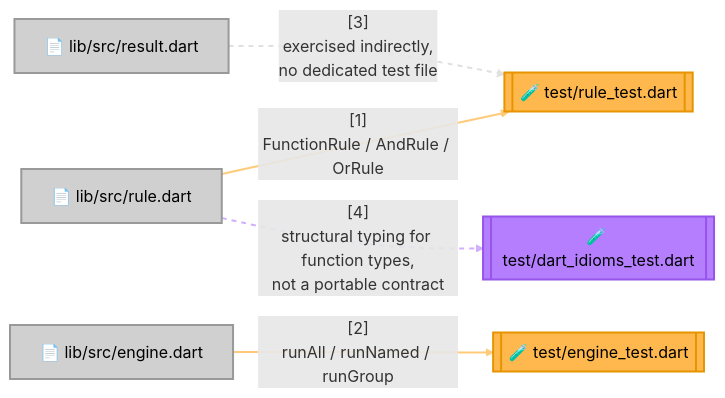
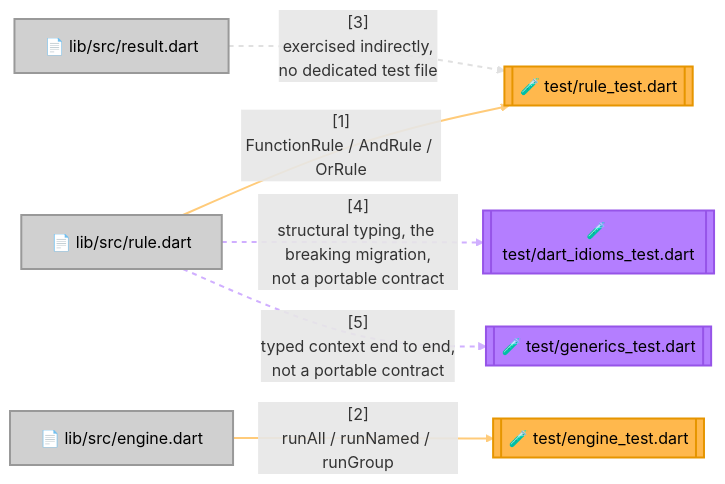
Before and after one commit to pawan-vyas/verdict-rules: the diagram in docs/testing/dart.md, drawn with Mermaid. The commit also changed other lines of this file and 14 other files, not shown here.

````diff
--- a/docs/testing/dart.md
+++ b/docs/testing/dart.md
@@ -47,35 +49,40 @@
 ```mermaid
 graph LR
     RuleSrc["📄 lib/src/rule.dart"]
     EngineSrc["📄 lib/src/engine.dart"]
     ResultSrc["📄 lib/src/result.dart"]
     RuleTest[["🧪 test/rule_test.dart"]]
     EngineTest[["🧪 test/engine_test.dart"]]
     IdiomTest[["🧪 test/dart_idioms_test.dart"]]
+    GenericsTest[["🧪 test/generics_test.dart"]]
 
     %% Link 0: RuleSrc -> RuleTest
     RuleSrc -->|"[1]<br/>FunctionRule / AndRule / OrRule"| RuleTest
     %% Link 1: EngineSrc -> EngineTest
     EngineSrc -->|"[2]<br/>runAll / runNamed / runGroup"| EngineTest
     %% Link 2: ResultSrc -> RuleTest
     ResultSrc -.->|"[3]<br/>exercised indirectly,<br/>no dedicated test file"| RuleTest
     %% Link 3: RuleSrc -> IdiomTest
-    RuleSrc -.->|"[4]<br/>structural typing for function types,<br/>not a portable contract"| IdiomTest
+    RuleSrc -.->|"[4]<br/>structural typing, the breaking migration,<br/>not a portable contract"| IdiomTest
+    %% Link 4: RuleSrc -> GenericsTest
+    RuleSrc -.->|"[5]<br/>typed context end to end,<br/>not a portable contract"| GenericsTest
 
     style RuleSrc fill:#D0D0D0,stroke:#999999,stroke-width:2px,color:#000
     style EngineSrc fill:#D0D0D0,stroke:#999999,stroke-width:2px,color:#000
     style ResultSrc fill:#D0D0D0,stroke:#999999,stroke-width:2px,color:#000
     style RuleTest fill:#FFB84D,stroke:#E69500,stroke-width:2px,color:#000
     style EngineTest fill:#FFB84D,stroke:#E69500,stroke-width:2px,color:#000
     style IdiomTest fill:#B47EFF,stroke:#9654E8,stroke-width:2px,color:#000
+    style GenericsTest fill:#B47EFF,stroke:#9654E8,stroke-width:2px,color:#000
 
     %% Link Index:
     %% 0: rule.dart's three concrete shapes are covered directly
     %% 1: engine.dart's five run modes are covered directly
     %% 2: result.dart is plain immutable data, exercised as a side effect of the above -- no behavior of its own to test in isolation
-    %% 3: structural typing for function types and an explicit Rule implementation are Dart-specific, not part of the Python-parity mirror
+    %% 3-4: structural typing/the breaking migration and typed-context mechanics are Dart-specific, not part of the Python-parity mirror
     linkStyle 0 stroke:#FFCB7A,stroke-width:2px
     linkStyle 1 stroke:#FFCB7A,stroke-width:2px
     linkStyle 2 stroke:#E0E0E0,stroke-width:2px,stroke-dasharray:5 5
     linkStyle 3 stroke:#D0AFFF,stroke-width:2px,stroke-dasharray:5 5
+    linkStyle 4 stroke:#D0AFFF,stroke-width:2px,stroke-dasharray:5 5
 ```
````
